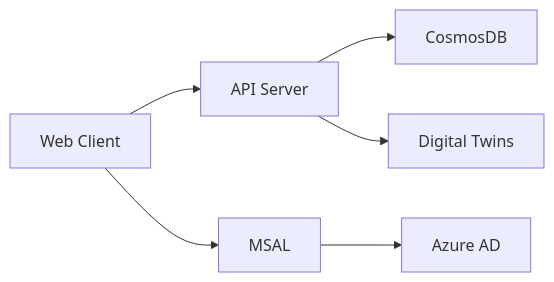
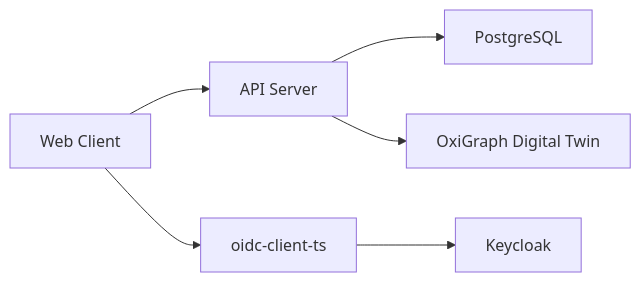
The second of 2 diagrams in web-client/README.md (gutp-bim/gutp-building-os-ri), drawn with Mermaid before and after one commit. The commit also changed other lines of this file, not shown here.

First line of the commit message:
docs(web-client): correct README auth section — Keycloak, not Azure AD/MSAL

````diff
--- a/web-client/README.md
+++ b/web-client/README.md
@@ -156,8 +156,8 @@
 ```mermaid
 graph LR
     A[Web Client] --> B[API Server]
-    B --> C[CosmosDB]
-    B --> D[Digital Twins]
-    A --> E[MSAL]
-    E --> F[Azure AD]
+    B --> C[PostgreSQL]
+    B --> D[OxiGraph Digital Twin]
+    A --> E[oidc-client-ts]
+    E --> F[Keycloak]
 ```
````
